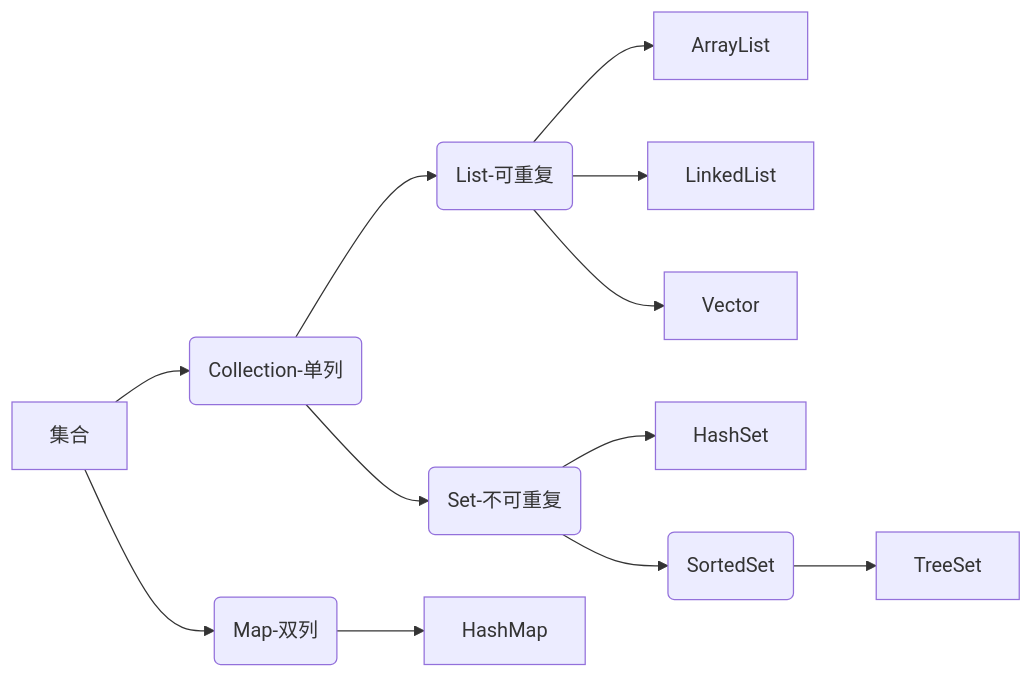
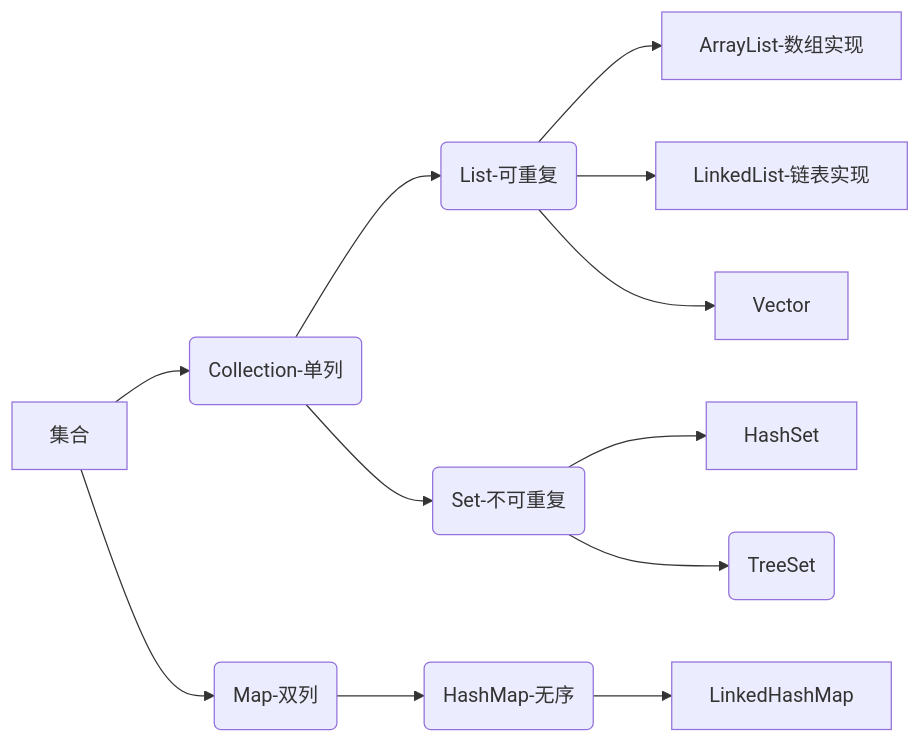
Before and after one commit to Wh0ami-hy/Wh0ami-hy.github.io: the third of 3 diagrams in _posts/2023-02-12-Java中级.md, drawn with Mermaid. The commit also changed other lines of this file, not shown here.

````diff
--- a/_posts/2023-02-12-Java中级.md
+++ b/_posts/2023-02-12-Java中级.md
@@ -1066,14 +1065,14 @@
 ```mermaid
 graph LR
 集合--> A(Collection-单列)
 A-->a(List-可重复)
 A-->c(Set-不可重复)
-a-->ArrayList
-a-->LinkedList
+a-->ArrayList-数组实现
+a-->LinkedList-链表实现
 a-->Vector
 c-->HashSet
-c-->1(SortedSet)
-1-->TreeSet
+c-->1(TreeSet)
 集合--> B(Map-双列)
-B-->HashMap
+B-->B.a(HashMap-无序)
+B.a-->LinkedHashMap
 ```
````
